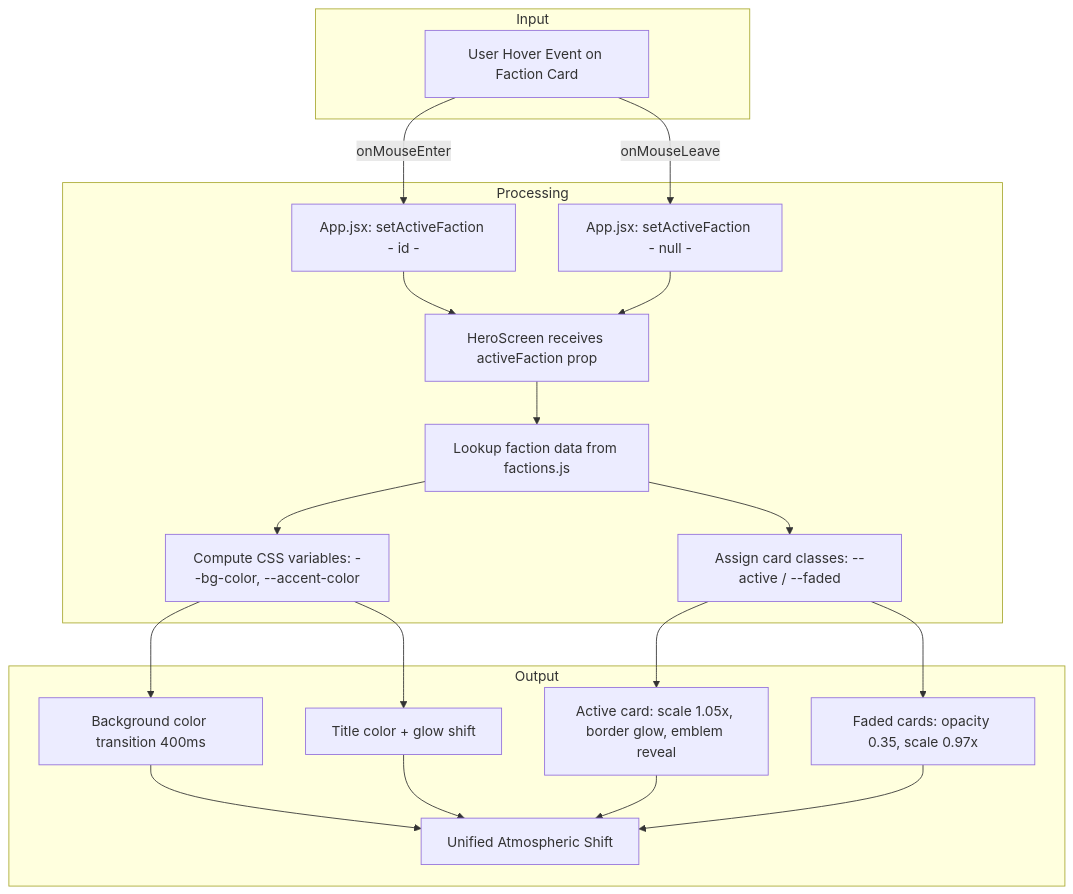
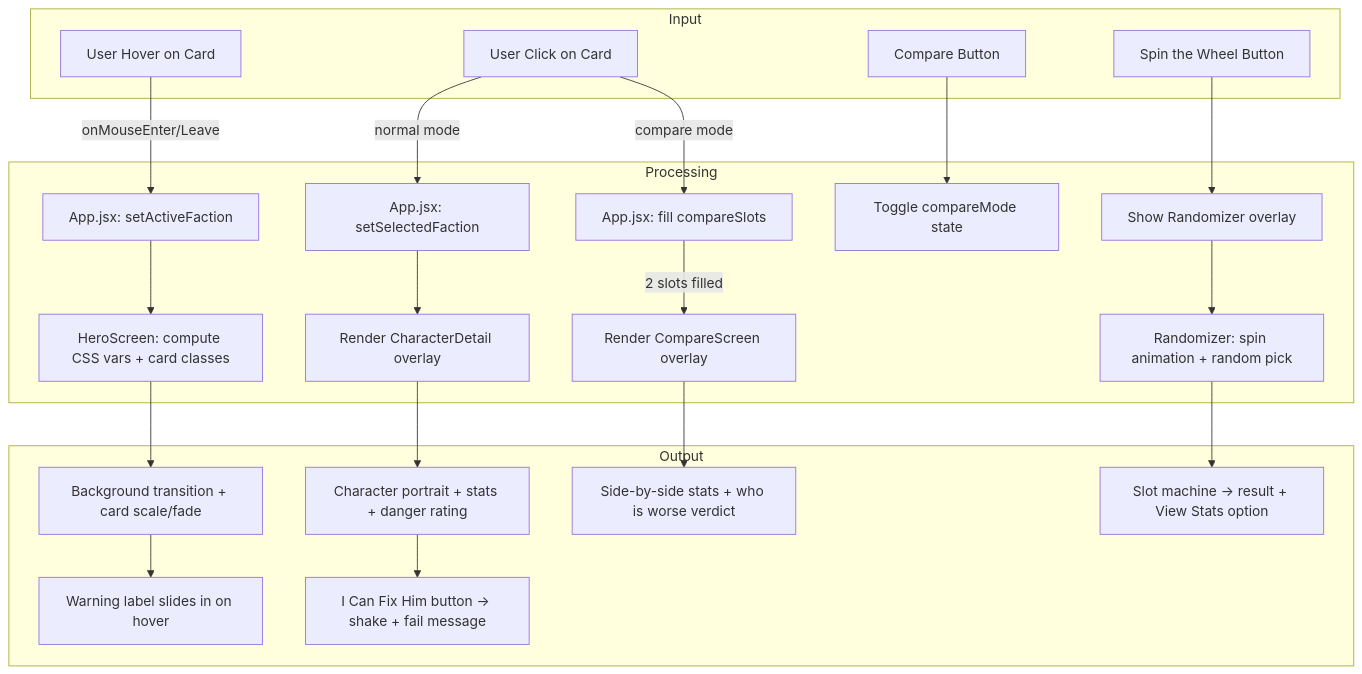
The diagram in README.md (Rapoport21/Test), drawn with Mermaid before and after one commit. The commit also changed other lines of this file, not shown here.

````diff
--- a/README.md
+++ b/README.md
@@ -42,24 +44,31 @@
 ```mermaid
 flowchart TD
     subgraph Input
-        A[User Hover Event on Faction Card]
+        A[User Hover on Card]
+        B[User Click on Card]
+        C[Compare Button]
+        D[Spin the Wheel Button]
     end
 
     subgraph Processing
-        A -->|onMouseEnter| B[App.jsx: setActiveFaction - id -]
-        A -->|onMouseLeave| C[App.jsx: setActiveFaction - null -]
-        B --> D[HeroScreen receives activeFaction prop]
-        C --> D
-        D --> E[Lookup faction data from factions.js]
-        E --> F[Compute CSS variables: --bg-color, --accent-color]
-        E --> G[Assign card classes: --active / --faded]
+        A -->|onMouseEnter/Leave| E[App.jsx: setActiveFaction]
+        B -->|normal mode| F[App.jsx: setSelectedFaction]
+        B -->|compare mode| G[App.jsx: fill compareSlots]
+        C --> H[Toggle compareMode state]
+        D --> I[Show Randomizer overlay]
+
+        E --> J[HeroScreen: compute CSS vars + card classes]
+        F --> K[Render CharacterDetail overlay]
+        G -->|2 slots filled| L[Render CompareScreen overlay]
+        I --> M[Randomizer: spin animation + random pick]
     end
 
     subgraph Output
-        F --> H[Background color transition 400ms]
-        F --> I[Title color + glow shift]
-        G --> J[Active card: scale 1.05x, border glow, emblem reveal]
-        G --> K[Faded cards: opacity 0.35, scale 0.97x]
-        H & I & J & K --> L[Unified Atmospheric Shift]
+        J --> N[Background transition + card scale/fade]
+        K --> O[Character portrait + stats + danger rating]
+        O --> P[I Can Fix Him button -> shake + fail message]
+        L --> Q[Side-by-side stats + who is worse verdict]
+        M --> R[Slot machine -> result + View Stats option]
+        N --> S[Warning label slides in on hover]
     end
 ```
````
